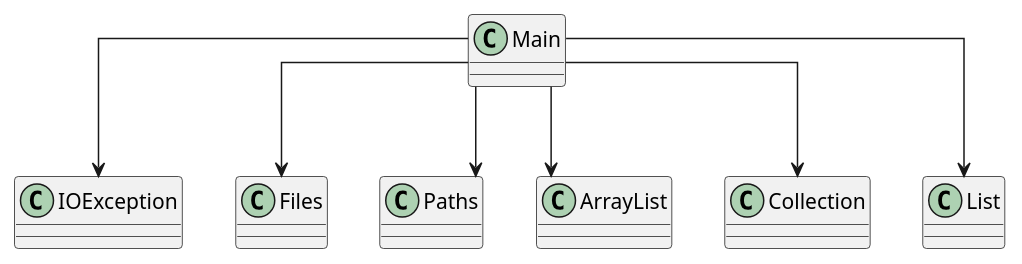
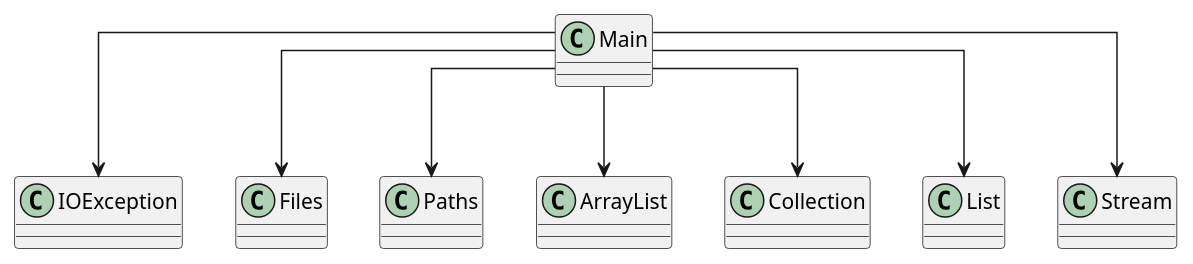
The diagram in diagram.puml (SirMathhman/Magma), drawn with PlantUML before and after one commit. The commit also changed 4 other files, not shown here.

```diff
--- a/diagram.puml
+++ b/diagram.puml
@@ -1,10 +1,11 @@
 @startuml
 skinparam linetype ortho
 class Main
 Main --> IOException
 Main --> Files
 Main --> Paths
 Main --> ArrayList
 Main --> Collection
 Main --> List
+Main --> Stream
 @enduml
```
